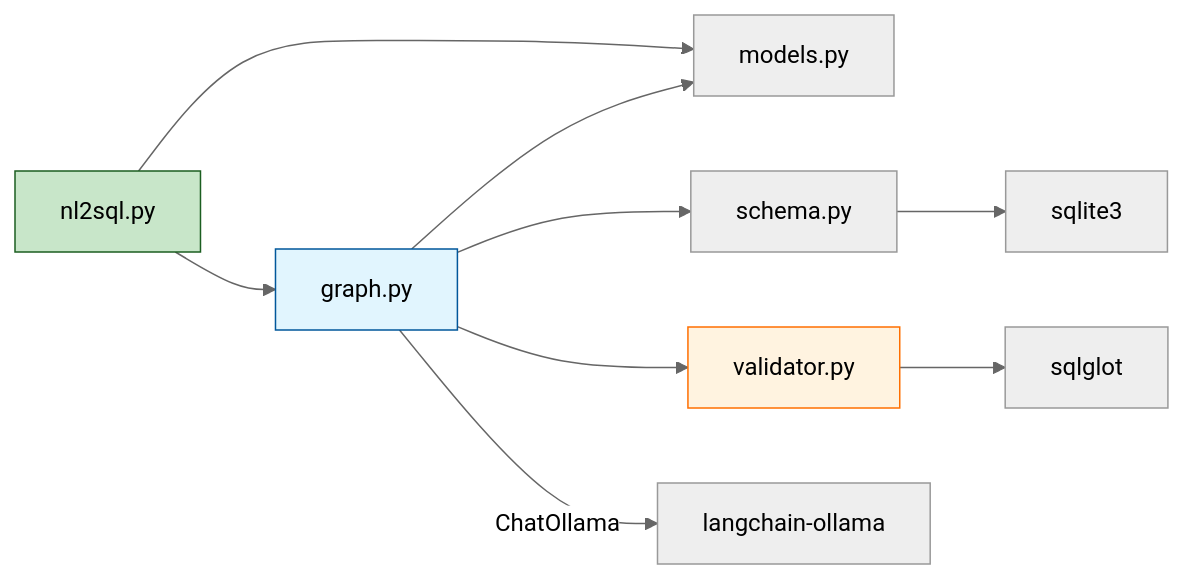
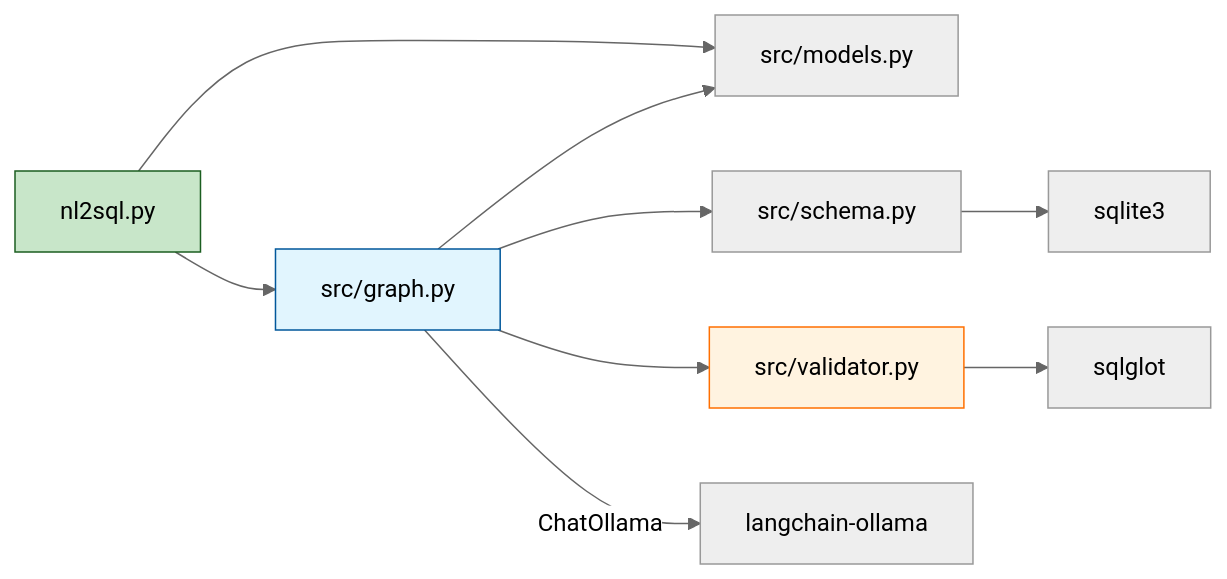
The second of 4 diagrams in SPEC.md (tanayrastogi-repo/nl2sql), drawn with Mermaid (neutral theme) before and after one commit. The commit also changed other lines of this file and 3 other files, not shown here.

````diff
--- a/SPEC.md
+++ b/SPEC.md
@@ -140,15 +139,15 @@
 ```mermaid
 flowchart LR
-    nl2sql["nl2sql.py"] --> g["graph.py"]
-    nl2sql --> models["models.py"]
+    nl2sql["nl2sql.py"] --> g["src/graph.py"]
+    nl2sql --> models["src/models.py"]
     g --> models
-    g --> schema["schema.py"]
-    g --> validator["validator.py"]
+    g --> schema["src/schema.py"]
+    g --> validator["src/validator.py"]
     g -->|ChatOllama| langchain["langchain-ollama"]
     validator --> sqlglot["sqlglot"]
     schema --> sqlite3["sqlite3"]
     
     style nl2sql fill:#c8e6c9,stroke:#1b5e20
     style g fill:#e1f5fe,stroke:#01579b
     style validator fill:#fff3e0,stroke:#ff6f00
 ```
````
